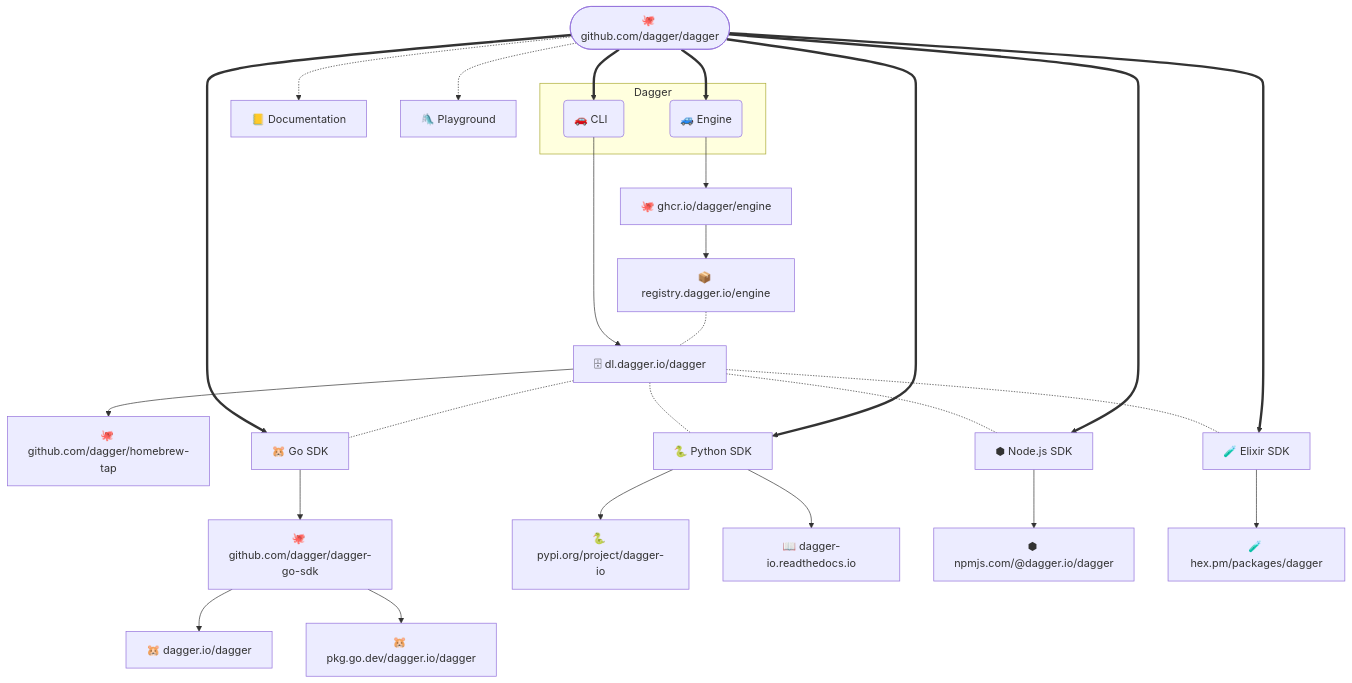
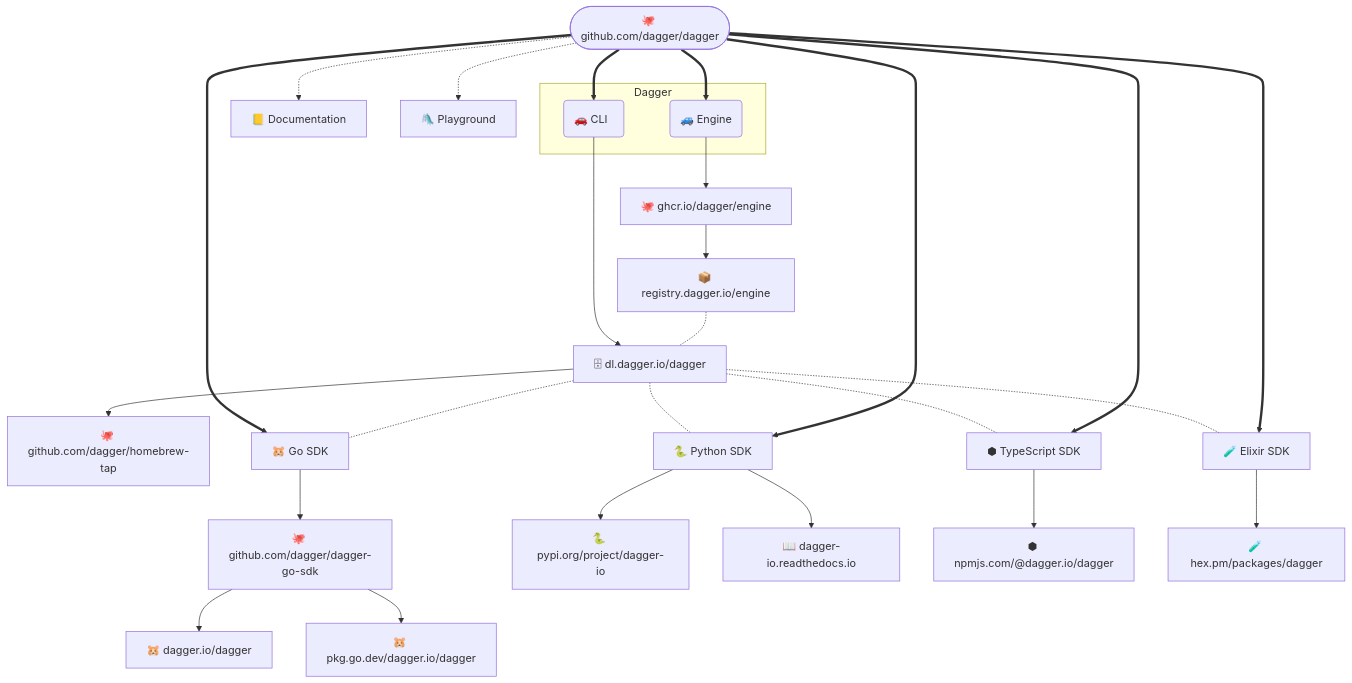
Before and after one commit to dagger/dagger: the diagram in RELEASING.md, drawn with Mermaid. The commit also changed other lines of this file and 147 other files, not shown here.

Commit message:
chore: transition NodeJS to TypeScript SDK for Zenith

````diff
--- a/RELEASING.md
+++ b/RELEASING.md
@@ -15,43 +15,43 @@
 ```mermaid
 flowchart TD
     repo(["🐙 github.com/dagger/dagger"])
     docs["📒 Documentation"]
     playground["🛝 Playground"]
     repo -.-> docs & playground
 
     subgraph Dagger
         engine("🚙 Engine")
         cli("🚗 CLI &nbsp;")
     end
 
     repo ==> engine & cli
 
     S3["🗄 dl.dagger.io/dagger"]
     brew-tap["🐙 github.com/dagger/homebrew-tap"]
     cli --> S3 --> brew-tap
 
     registry["📦 registry.dagger.io/engine"]
     ghcr["🐙 ghcr.io/dagger/engine"]
     engine --> ghcr --> registry
 
     go["🐹 Go SDK"]
     go-repo["🐙 github.com/dagger/dagger-go-sdk"]
     go-pkg["🐹 dagger.io/dagger"]
     go-ref["🐹 pkg.go.dev/dagger.io/dagger"]
 
     repo ==> go --> go-repo --> go-pkg & go-ref
-    registry -.- S3 -.- go & python & nodejs & elixir
+    registry -.- S3 -.- go & python & typescript & elixir
 
     python["🐍 Python SDK"]
     pypi["🐍 pypi.org/project/dagger-io"]
     readthedocs["📖 dagger-io.readthedocs.io"]
     repo ==> python --> pypi & readthedocs
 
-    nodejs["⬢ Node.js SDK"]
+    typescript["⬢ TypeScript SDK"]
     npm["⬢ npmjs.com/@dagger.io/dagger"]
-    repo ==> nodejs --> npm
+    repo ==> typescript --> npm
 
     elixir["🧪 Elixir SDK"]
     hex["🧪 hex.pm/packages/dagger"]
     repo ==> elixir --> hex
 ```
````
